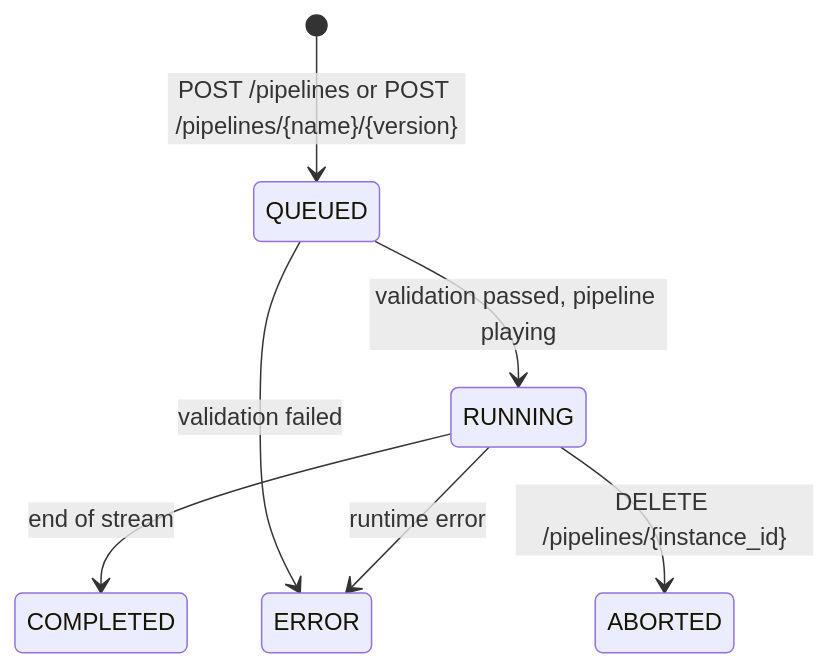
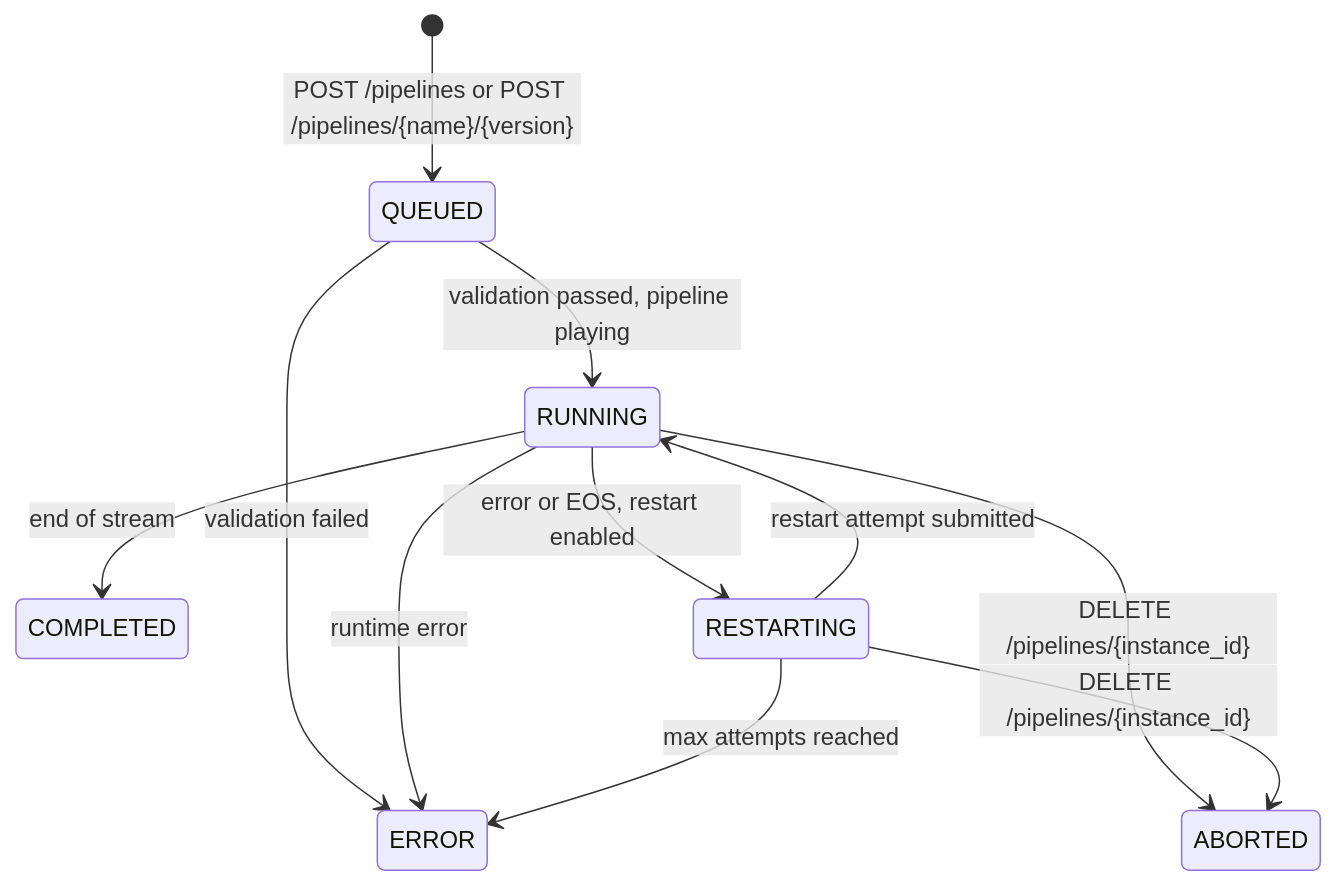
The diagram in microservices/dlstreamer-pipeline-server/dlsps2/docs/api-reference.md (open-edge-platform/edge-ai-libraries), drawn with Mermaid before and after one commit. The commit also changed other lines of this file and 3 other files, not shown here.

````diff
--- a/microservices/dlstreamer-pipeline-server/dlsps2/docs/api-reference.md
+++ b/microservices/dlstreamer-pipeline-server/dlsps2/docs/api-reference.md
@@ -68,9 +74,13 @@
 ```mermaid
 stateDiagram-v2
     [*] --> QUEUED: POST /pipelines or POST /pipelines/{name}/{version}
     QUEUED --> RUNNING: validation passed, pipeline playing
     QUEUED --> ERROR: validation failed
     RUNNING --> COMPLETED: end of stream
     RUNNING --> ERROR: runtime error
     RUNNING --> ABORTED: DELETE /pipelines/{instance_id}
+    RUNNING --> RESTARTING: error or EOS, restart enabled
+    RESTARTING --> RUNNING: restart attempt submitted
+    RESTARTING --> ERROR: max attempts reached
+    RESTARTING --> ABORTED: DELETE /pipelines/{instance_id}
 ```
````
